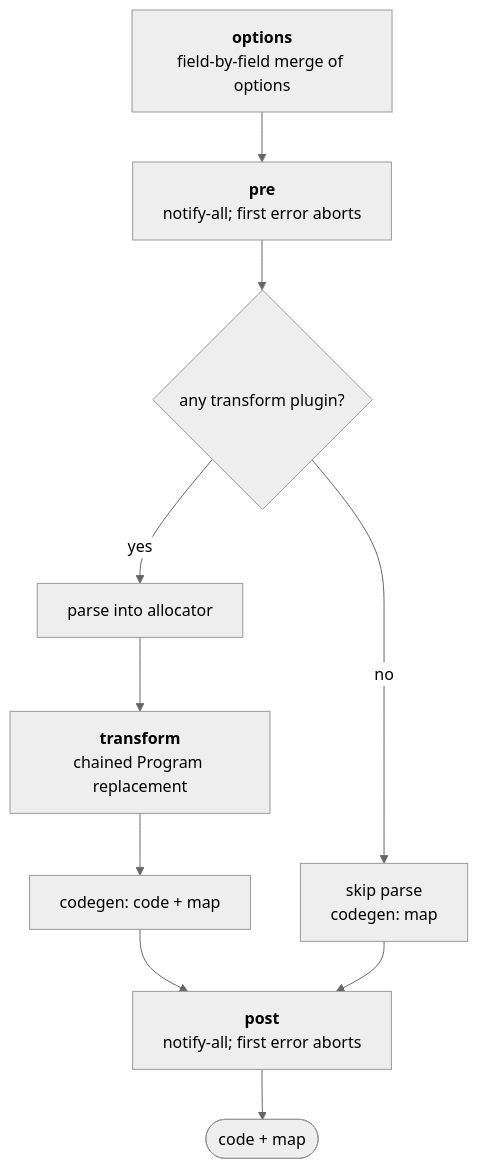
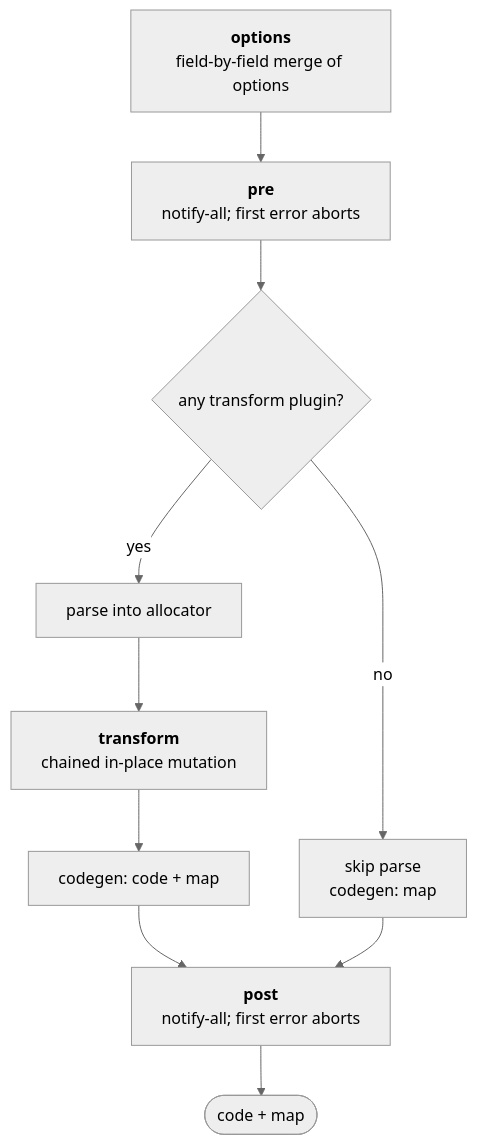
The second of 3 diagrams in ARCHITECTURE.md (telarel/telarel), drawn with Mermaid (neutral theme) before and after one commit. The commit also changed other lines of this file and 29 other files, not shown here.

````diff
--- a/ARCHITECTURE.md
+++ b/ARCHITECTURE.md
@@ -34,17 +34,17 @@
 ```mermaid
 flowchart TD
     Options[<b>options</b><br/>field-by-field merge of options]
     Pre[<b>pre</b><br/>notify-all; first error aborts]
     TransformNeeded{any transform plugin?}
     Parse[parse into allocator]
-    Transform[<b>transform</b><br/>chained Program replacement]
+    Transform[<b>transform</b><br/>chained in-place mutation]
     Codegen[codegen: code + map]
     Skip[skip parse<br/>codegen: map]
     Post[<b>post</b><br/>notify-all; first error aborts]
     Output([code + map])
 
     Options --> Pre --> TransformNeeded
     TransformNeeded -->|yes| Parse --> Transform --> Codegen --> Post
     TransformNeeded -->|no| Skip --> Post
     Post --> Output
 ```
````
